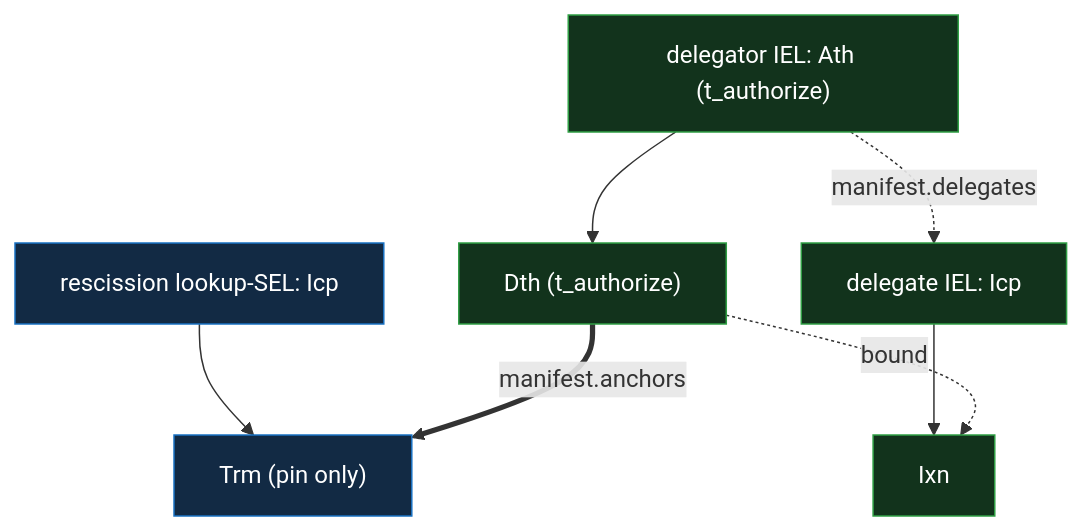
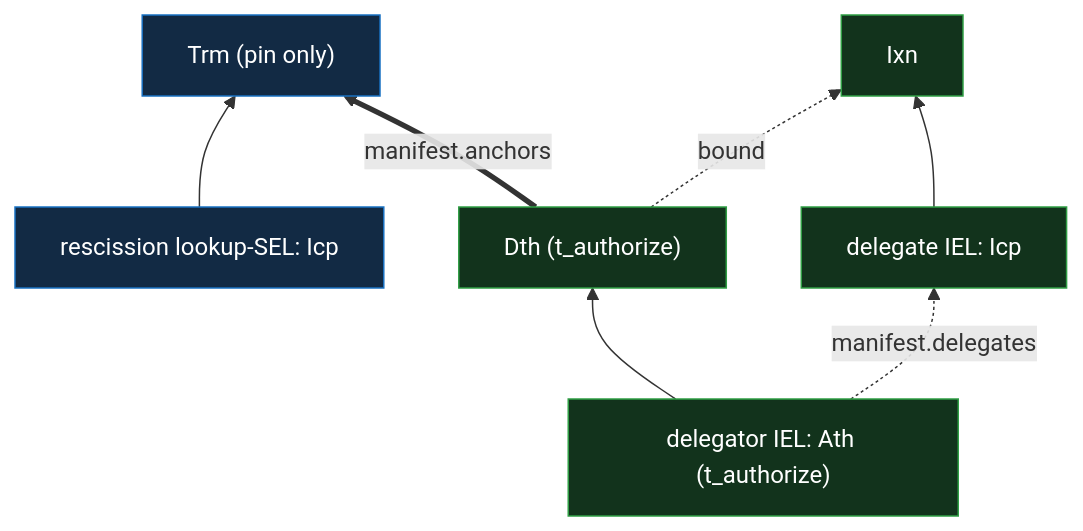
The diagram in docs/design/primitives/data/event-logs/iel/delegation.md (jasoncolburne/vdti), drawn with Mermaid before and after one commit. The commit also changed other lines of this file and 45 other files, not shown here.

````diff
--- a/docs/design/primitives/data/event-logs/iel/delegation.md
+++ b/docs/design/primitives/data/event-logs/iel/delegation.md
@@ -30,11 +40,11 @@
 ```mermaid
-flowchart TB
+flowchart BT
   dAth["delegator IEL: Ath (t_authorize)"]:::iel --> dDth["Dth (t_authorize)"]:::iel
   rIcp["rescission lookup-SEL: Icp"]:::sel --> rTrm["Trm (pin only)"]:::sel
-  P["delegate IEL: Icp"]:::iel --> Q["Ixn"]:::iel
   dAth -.->|manifest.delegates| P
   dDth ==>|manifest.anchors| rTrm
   dDth -.->|bound| Q
+  P["delegate IEL: Icp"]:::iel --> Q["Ixn"]:::iel
   classDef iel fill:#12331c,stroke:#2f9e44,color:#fff
   classDef sel fill:#122a44,stroke:#1971c2,color:#fff
 ```
````
